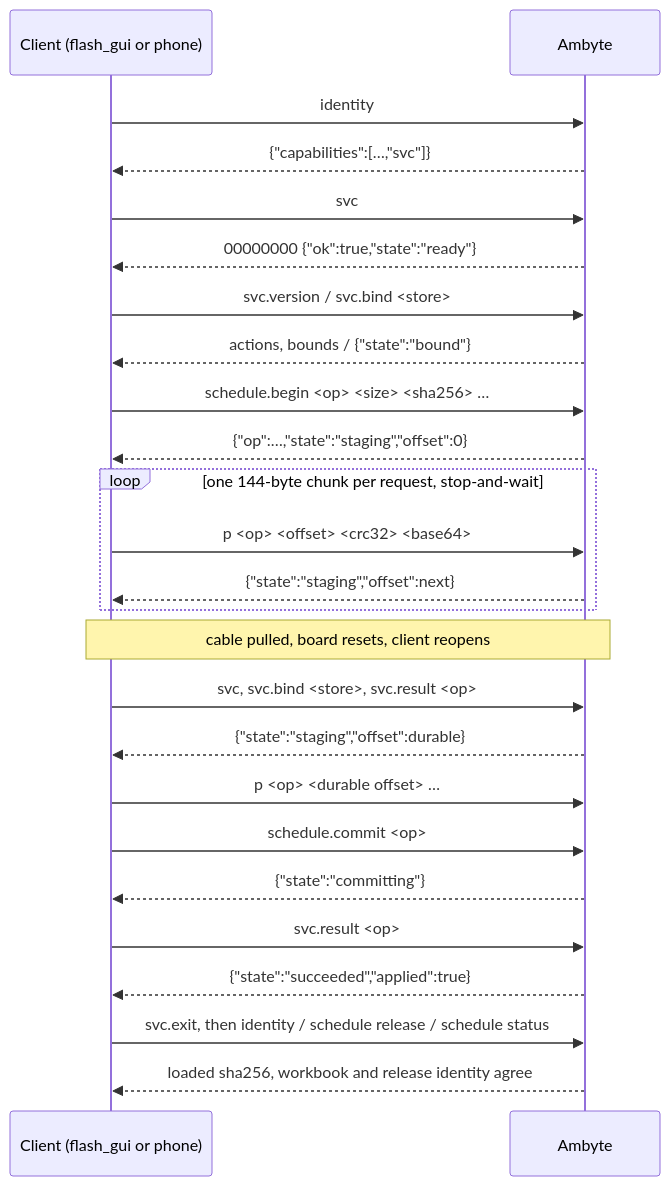
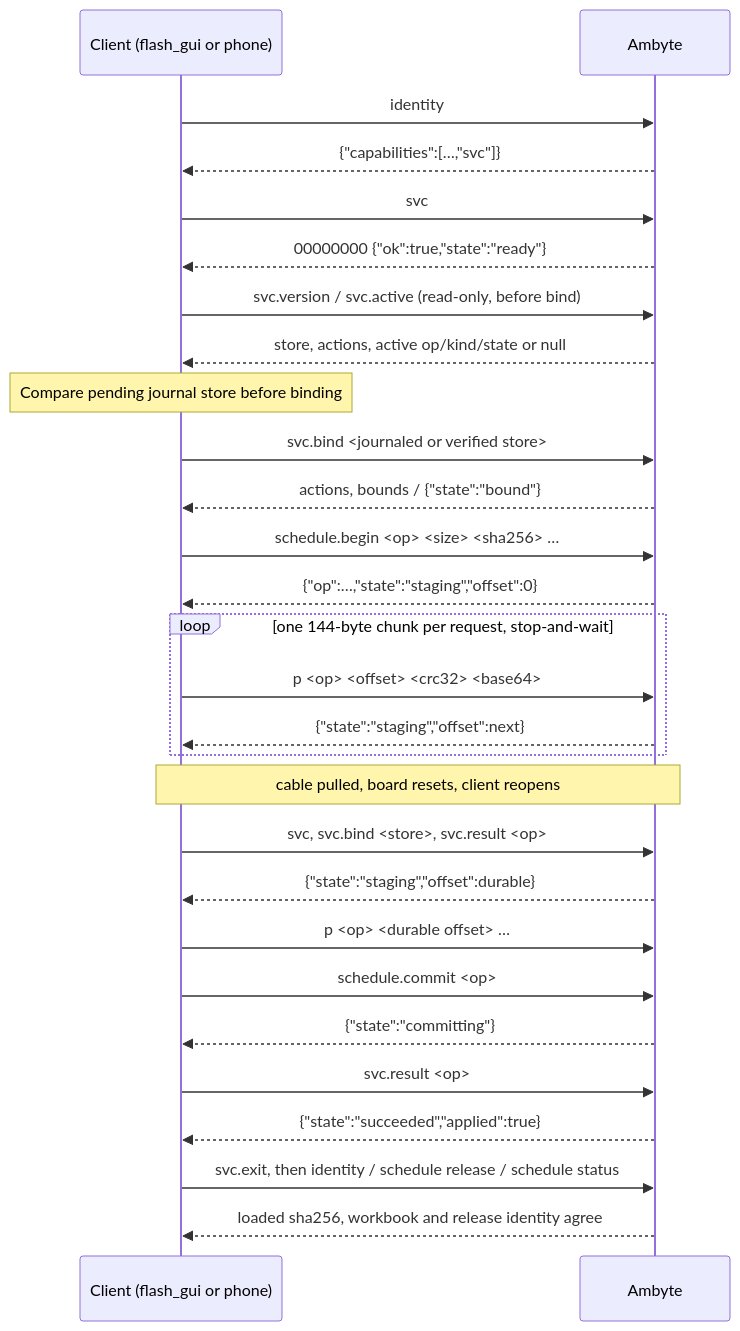
The second of 4 diagrams in docs/usb-maintenance.md (Jan-IngenHousz-Institute/ambyte-iot), drawn with Mermaid before and after one commit. The commit also changed other lines of this file and 34 other files, not shown here.

First line of the commit message:
fix(service): column-0 notices, svc.active and a distinct not_bound reason for USB clients (#85)

````diff
--- a/docs/usb-maintenance.md
+++ b/docs/usb-maintenance.md
@@ -44,27 +47,30 @@
 ```mermaid
 sequenceDiagram
     participant C as Client (flash_gui or phone)
     participant G as Ambyte
     C->>G: identity
     G-->>C: {"capabilities":[…,"svc"]}
     C->>G: svc
     G-->>C: 00000000 {"ok":true,"state":"ready"}
-    C->>G: svc.version / svc.bind <store>
+    C->>G: svc.version / svc.active (read-only, before bind)
+    G-->>C: store, actions, active op/kind/state or null
+    Note over C: Compare pending journal store before binding
+    C->>G: svc.bind <journaled or verified store>
     G-->>C: actions, bounds / {"state":"bound"}
     C->>G: schedule.begin <op> <size> <sha256> …
     G-->>C: {"op":…,"state":"staging","offset":0}
     loop one 144-byte chunk per request, stop-and-wait
         C->>G: p <op> <offset> <crc32> <base64>
         G-->>C: {"state":"staging","offset":next}
     end
     Note over C,G: cable pulled, board resets, client reopens
     C->>G: svc, svc.bind <store>, svc.result <op>
     G-->>C: {"state":"staging","offset":durable}
     C->>G: p <op> <durable offset> …
     C->>G: schedule.commit <op>
     G-->>C: {"state":"committing"}
     C->>G: svc.result <op>
     G-->>C: {"state":"succeeded","applied":true}
     C->>G: svc.exit, then identity / schedule release / schedule status
     G-->>C: loaded sha256, workbook and release identity agree
 ```
````
